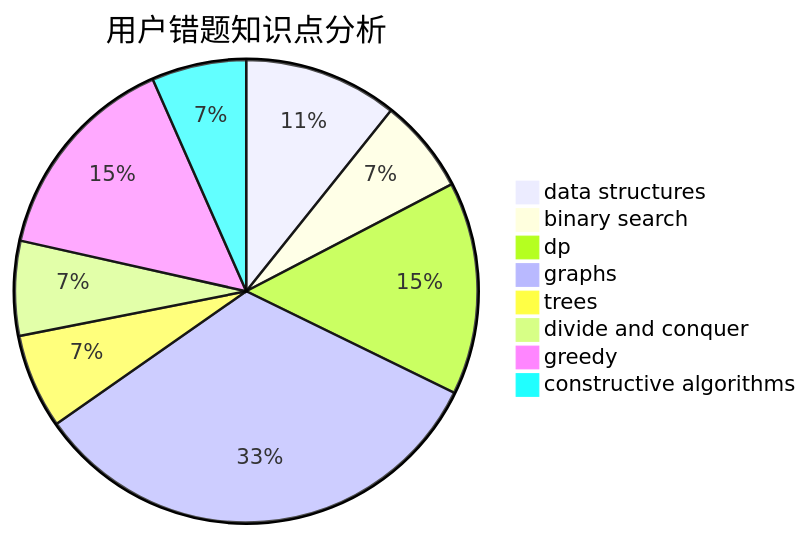
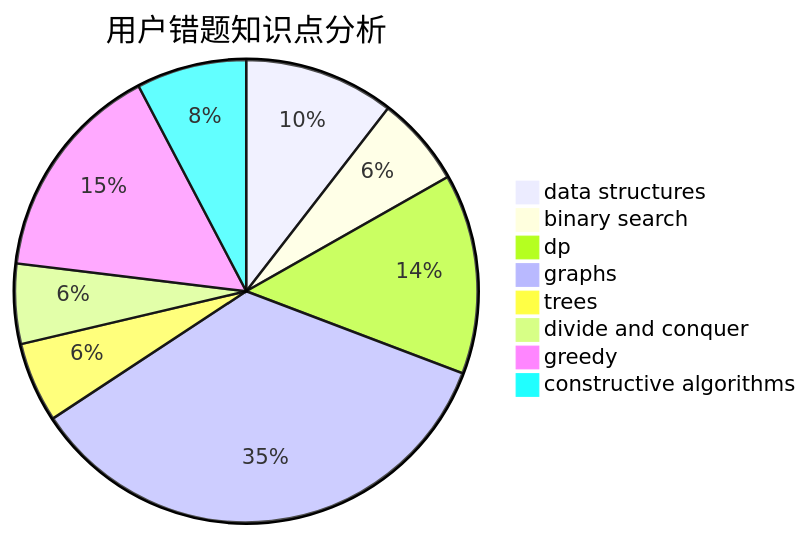
The third of 3 diagrams in docs/user/u1868.md (sherpahu/cfrs.github.io), drawn with Mermaid before and after one commit. The commit also changed other lines of this file and 2770 other files, not shown here.

````diff
--- a/docs/user/u1868.md
+++ b/docs/user/u1868.md
@@ -36,11 +36,11 @@
 ```mermaid
 pie title 用户错题知识点分析
-    "data structures" :  13
-    "binary search" :  8
-    "dp" :  18
-    "graphs" :  40
+    "data structures" :  15
+    "binary search" :  9
+    "dp" :  20
+    "graphs" :  50
     "trees" :  8
     "divide and conquer" :  8
-    "greedy" :  18
-    "constructive algorithms" :  8
+    "greedy" :  22
+    "constructive algorithms" :  11
 ```
````
